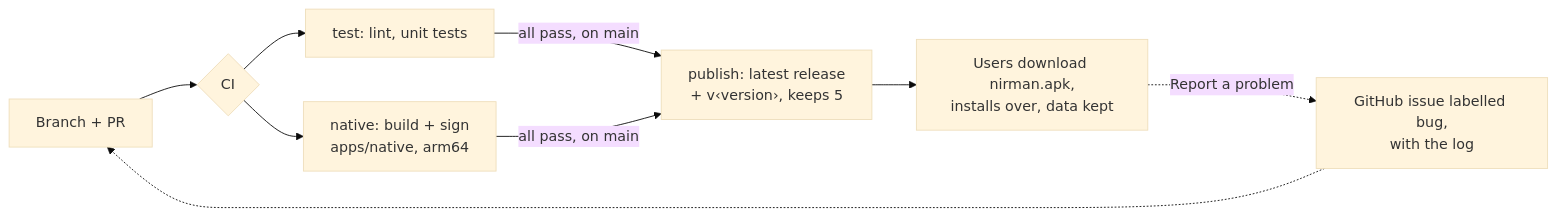
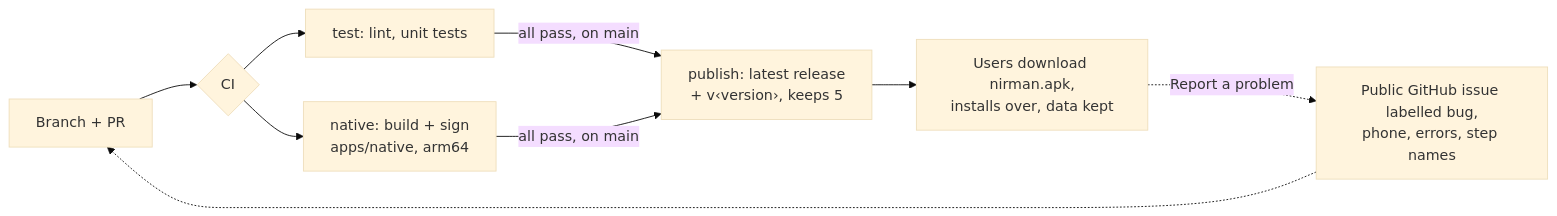
Before and after one commit to parikshit99/nirman: the sixth of 6 diagrams in docs/Nirman workflows.md, drawn with Mermaid (base theme). The commit also changed other lines of this file and 24 other files, not shown here.

````diff
--- a/docs/Nirman workflows.md
+++ b/docs/Nirman workflows.md
@@ -166,9 +169,9 @@
 ```mermaid
 flowchart LR
   BR[Branch + PR] --> CI{CI}
   CI --> TS[test: lint, unit tests]
   CI --> NB[native: build + sign<br/>apps/native, arm64]
   TS & NB -- all pass, on main --> PB[publish: latest release<br/>+ v‹version›, keeps 5]
   PB --> PHN[Users download nirman.apk,<br/>installs over, data kept]
-  PHN -. Report a problem .-> ISS[GitHub issue labelled bug,<br/>with the log] -.-> BR
+  PHN -. Report a problem .-> ISS[Public GitHub issue labelled bug,<br/>phone, errors, step names] -.-> BR
 ```
````
